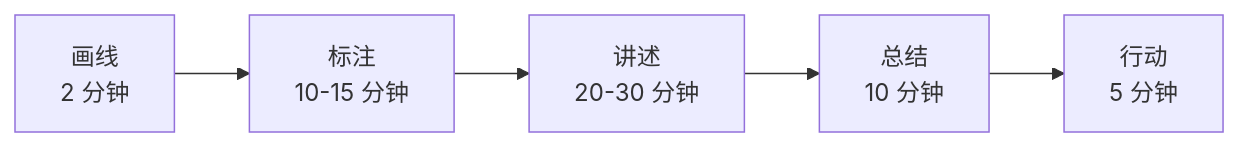
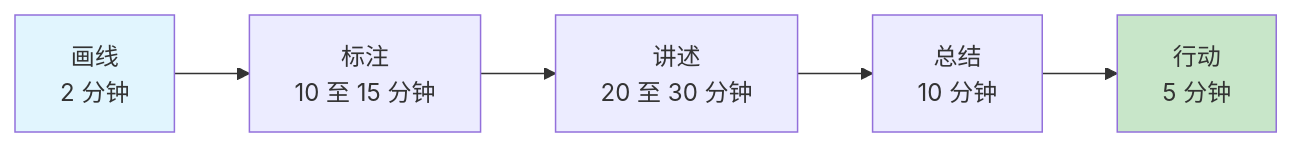
One commit to chongyang211/YCBookBlog changed the second of 5 diagrams in packages/website/11.书籍/05.自我精进·成事/25.生命线分享游戏.md. Above: the diagram before and after it, drawn with Mermaid. The commit also changed other lines of this file and 4 other files, not shown here.

````diff
--- a/packages/website/11.书籍/05.自我精进·成事/25.生命线分享游戏.md
+++ b/packages/website/11.书籍/05.自我精进·成事/25.生命线分享游戏.md
@@ -77,7 +70,9 @@
 ```mermaid
 graph LR
-    A[画线<br/>2 分钟] --> B[标注<br/>10-15 分钟]
-    B --> C[讲述<br/>20-30 分钟]
+    A[画线<br/>2 分钟] --> B[标注<br/>10 至 15 分钟]
+    B --> C[讲述<br/>20 至 30 分钟]
     C --> D[总结<br/>10 分钟]
     D --> E[行动<br/>5 分钟]
+    style A fill:#e1f5fe
+    style E fill:#c8e6c9
 ```
````
